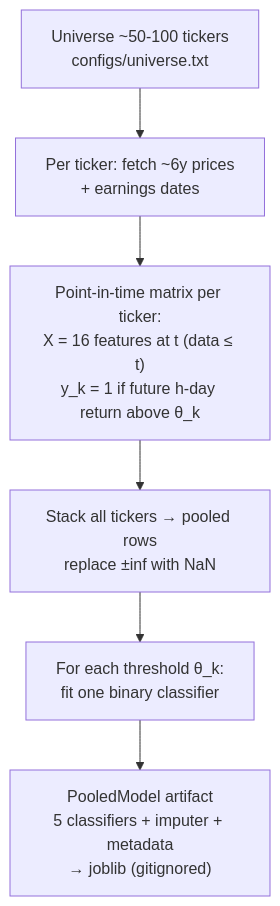
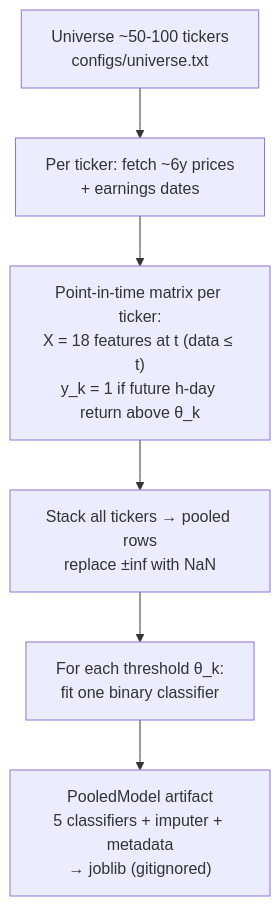
One commit to truongbnguyen88/ai-stock-analysis changed the sixth of 7 diagrams in docs/models_explanation.md. Above: the diagram before and after it, drawn with Mermaid. The commit also changed other lines of this file and 13 other files, not shown here.

````diff
--- a/docs/models_explanation.md
+++ b/docs/models_explanation.md
@@ -551,8 +553,8 @@
 ```mermaid
 flowchart TD
     U["Universe ~50-100 tickers<br/>configs/universe.txt"] --> FE["Per ticker: fetch ~6y prices<br/>+ earnings dates"]
-    FE --> PIT["Point-in-time matrix per ticker:<br/>X = 16 features at t (data ≤ t)<br/>y_k = 1 if future h-day return above θ_k"]
+    FE --> PIT["Point-in-time matrix per ticker:<br/>X = 18 features at t (data ≤ t)<br/>y_k = 1 if future h-day return above θ_k"]
     PIT --> ST["Stack all tickers → pooled rows<br/>replace ±inf with NaN"]
     ST --> FIT["For each threshold θ_k:<br/>fit one binary classifier"]
     FIT --> ART["PooledModel artifact<br/>5 classifiers + imputer + metadata<br/>→ joblib (gitignored)"]
 ```
````
